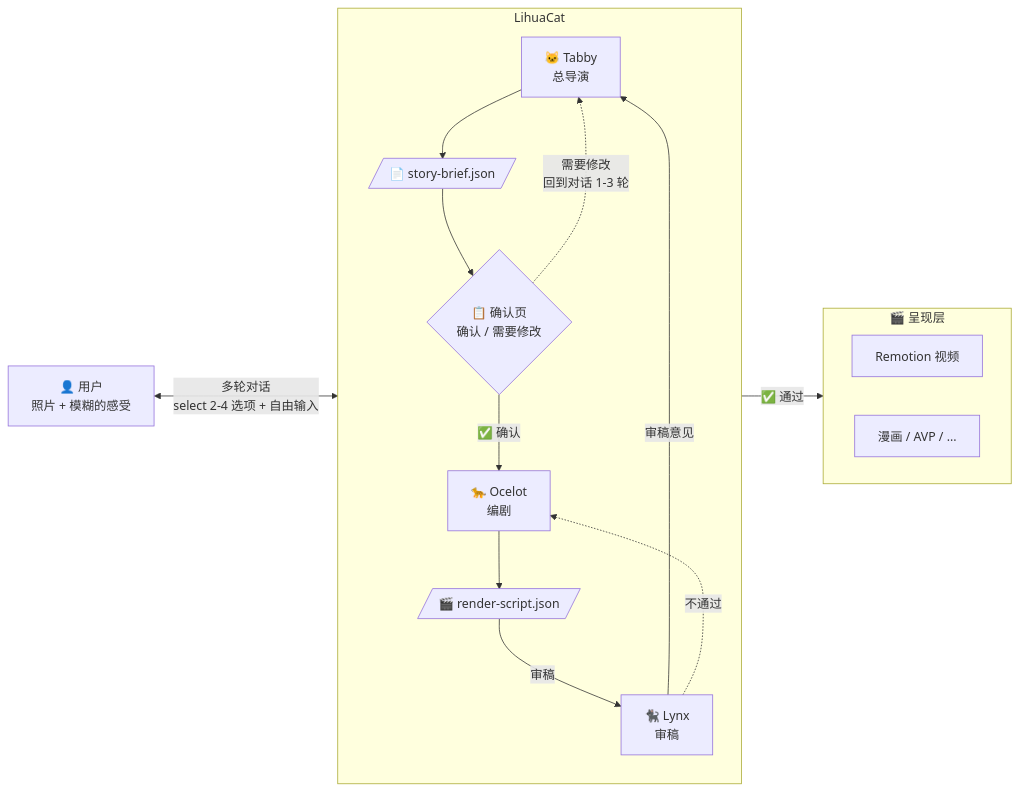
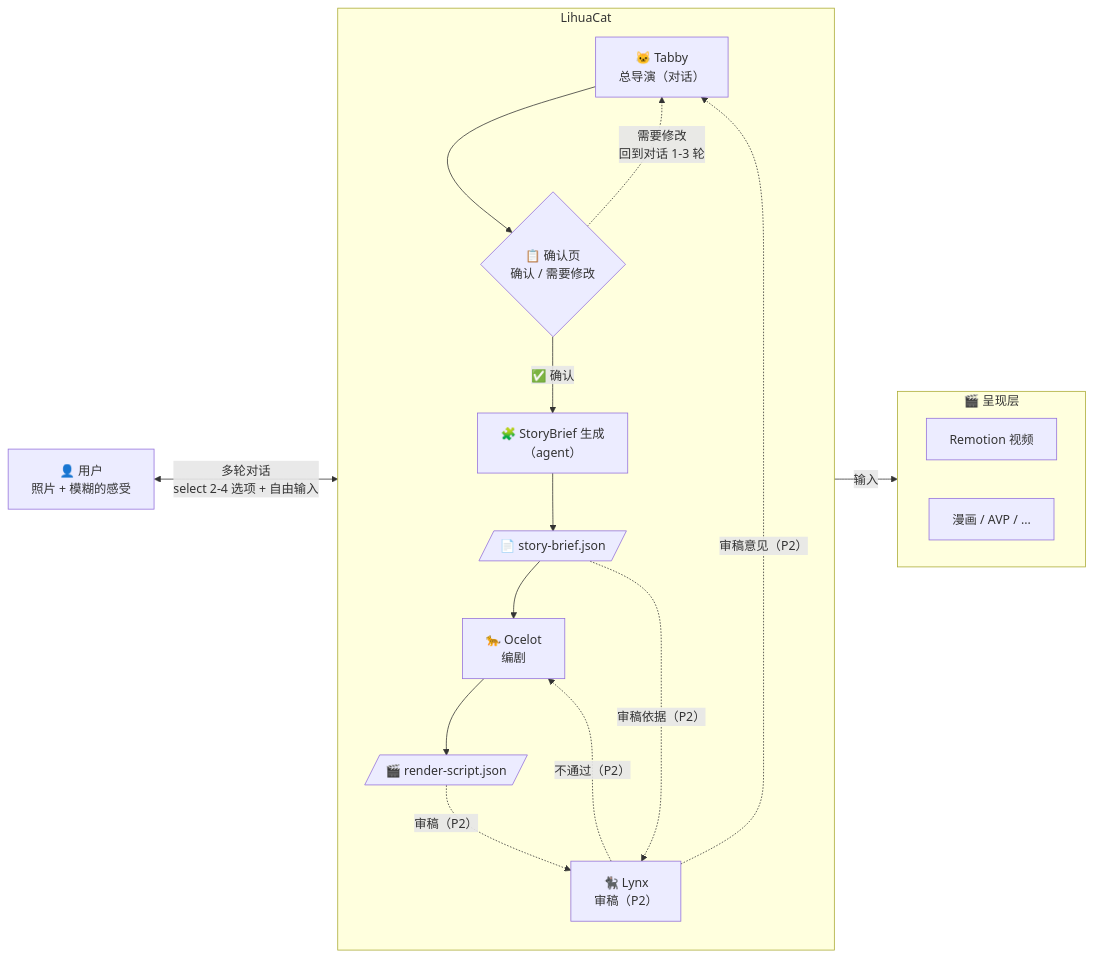
One commit to chiimagnus/LihuaCat changed the first of 2 diagrams in .github/docs/LihuaCat 产品地基.md. Above: the diagram before and after it, drawn with Mermaid. The commit also changed other lines of this file and 3 other files, not shown here.

Commit message:
docs: 更新业务流程图并补充提交与 PR 规范

````diff
--- a/.github/docs/LihuaCat 产品地基.md
+++ b/.github/docs/LihuaCat 产品地基.md
@@ -108,32 +110,35 @@
 ```mermaid
 flowchart LR
     User["👤 用户<br>照片 + 模糊的感受"]
 
     subgraph Core ["LihuaCat"]
         direction TB
-        Tabby["🐱 Tabby<br>总导演"]
+        Tabby["🐱 Tabby<br>总导演（对话）"]
         Confirm{"📋 确认页<br>确认 / 需要修改"}
+        BriefGen["🧩 StoryBrief 生成<br>（agent）"]
         Ocelot["🐆 Ocelot<br>编剧"]
-        Lynx["🐈‍⬛ Lynx<br>审稿"]
+        Lynx["🐈‍⬛ Lynx<br>审稿（P2）"]
         Brief[/"📄 story-brief.json"/]
         RS[/"🎬 render-script.json"/]
     end
 
     User <-->|"多轮对话<br>select 2-4 选项 + 自由输入"| Tabby
-    Tabby --> Brief
-    Brief --> Confirm
-    Confirm -->|"✅ 确认"| Ocelot
+    Tabby --> Confirm
     Confirm -.->|"需要修改<br>回到对话 1-3 轮"| Tabby
+    Confirm -->|"✅ 确认"| BriefGen
+    BriefGen --> Brief
+    Brief --> Ocelot
     Ocelot --> RS
-    RS -->|"审稿"| Lynx
-    Lynx -->|"审稿意见"| Tabby
-    Lynx -.->|"不通过"| Ocelot
+    RS -.->|"审稿（P2）"| Lynx
+    Brief -.->|"审稿依据（P2）"| Lynx
+    Lynx -.->|"审稿意见（P2）"| Tabby
+    Lynx -.->|"不通过（P2）"| Ocelot
 
     subgraph Render ["🎬 呈现层"]
         direction LR
         R1["Remotion 视频"]
         R2["漫画 / AVP / ..."]
     end
 
-    RS -->|"✅ 通过"| Render
+    RS -->|"输入"| Render
 ```
````
